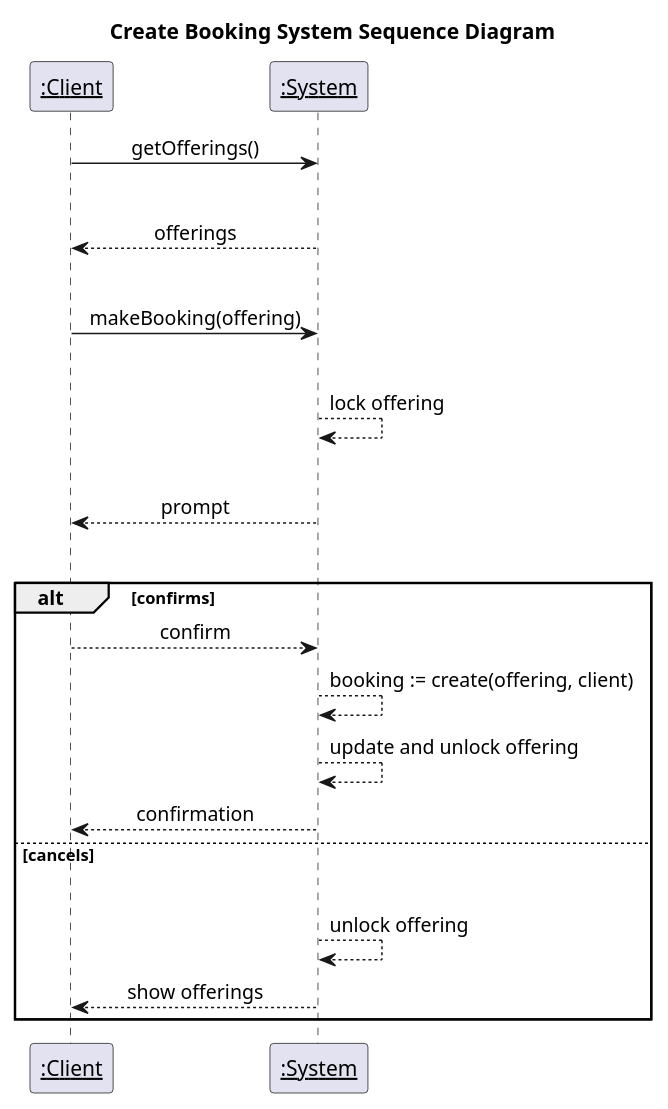
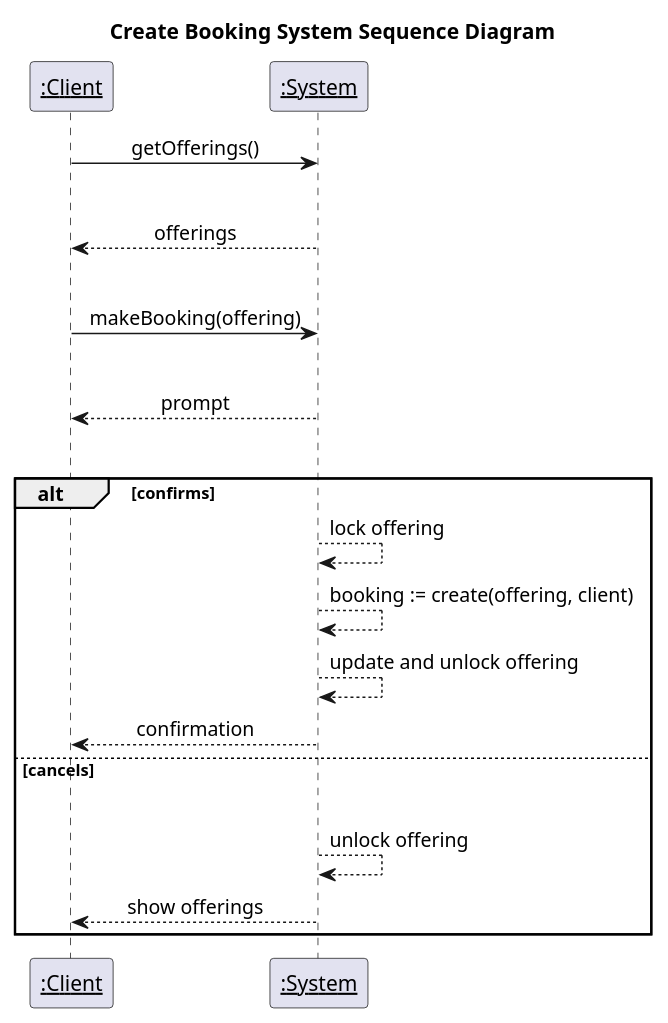
Before and after one commit to PrinceOfNothingg/Lesson-Booking-Management-System: the second of 3 diagrams in deliverables/2024-11-01/booking-system-sequence-diagram.md, drawn with PlantUML. The commit also changed other lines of this file and 7 other files, not shown here.

Commit message:
add booking interaction diagrams

````diff
--- a/deliverables/2024-11-01/booking-system-sequence-diagram.md
+++ b/deliverables/2024-11-01/booking-system-sequence-diagram.md
@@ -44,34 +44,33 @@
 ``` plantuml
 @startuml
 participant "__:Client__" as actor
 participant "__:System__" as system
+participant "__:System__" as system
+
 
 title Create Booking System Sequence Diagram
 skinparam sequenceMessageAlign center
 
 actor -> system : getOfferings()
 |||
 system --> actor : offerings
 |||
 actor -> system : makeBooking(offering)
 |||
-system --> system : lock offering
-|||
 system --> actor : prompt
 |||
 alt confirms
-actor --> system : confirm
-
+system --> system : lock offering
 system --> system : booking := create(offering, client)
 system --> system : update and unlock offering
 
 system --> actor : confirmation
 else cancels
 |||
 system --> system : unlock offering
 system --> actor : show offerings
 
 end
 
 @enduml
 ```
````
